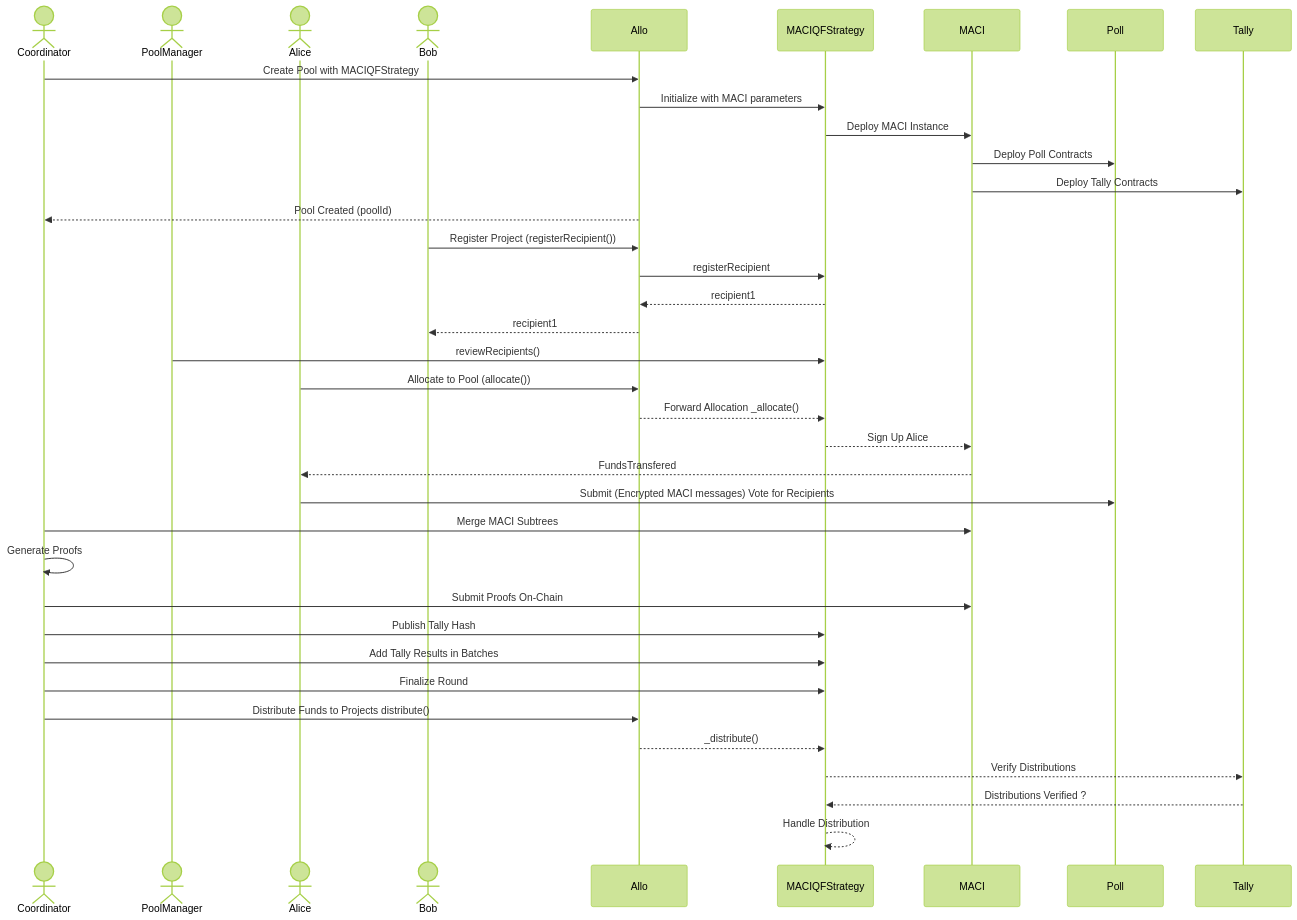
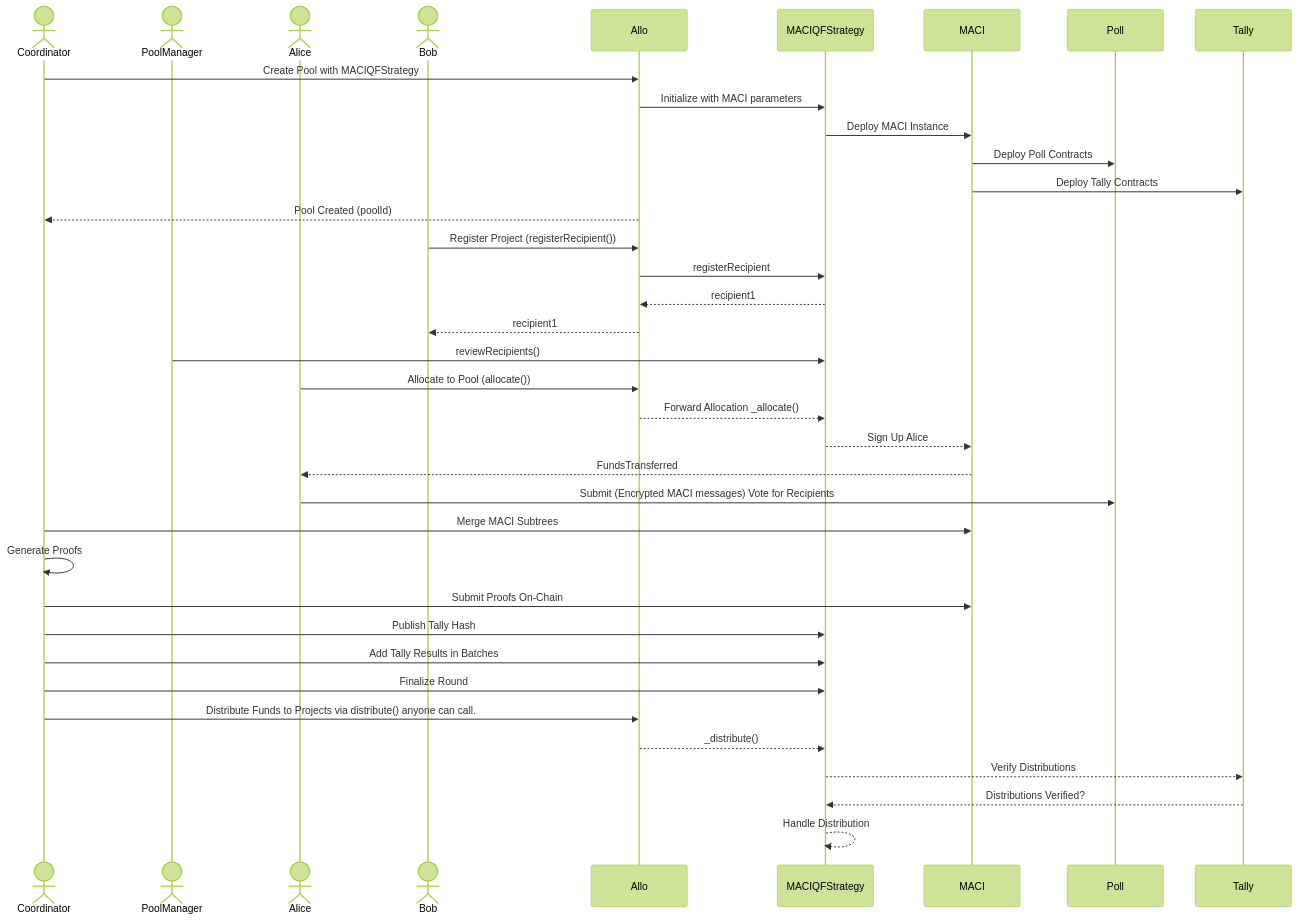
One commit to gitcoinco/MACI_QF changed the diagram in contracts/README.md. Above: the diagram before and after it, drawn with Mermaid (forest theme). The commit also changed other lines of this file, not shown here.

````diff
--- a/contracts/README.md
+++ b/contracts/README.md
@@ -66,47 +96,47 @@
 ```mermaid
 sequenceDiagram
   actor Coordinator
   actor PoolManager
   actor Alice
   actor Bob
   participant Allo
   participant MACIQFStrategy
   participant MACI
   participant Poll
   participant Tally
   %% Initialization and Deployment
   Coordinator->>Allo: Create Pool with MACIQFStrategy
   Allo->>MACIQFStrategy: Initialize with MACI parameters
   MACIQFStrategy->>MACI: Deploy MACI Instance
   MACI->>Poll: Deploy Poll Contracts
   MACI->>Tally: Deploy Tally Contracts
   Allo -->>Coordinator: Pool Created (poolId)
   %% Bob Adds Project
   Bob->>Allo: Register Project (registerRecipient())
   Allo->>MACIQFStrategy: registerRecipient
   MACIQFStrategy-->>Allo: recipient1
   Allo-->>Bob: recipient1
   %% Review Phase by Pool Manager
   PoolManager->>MACIQFStrategy: reviewRecipients()
   %% Alice Allocates to Pool
   Alice->>Allo: Allocate to Pool (allocate())
   Allo-->>MACIQFStrategy: Forward Allocation _allocate()
   MACIQFStrategy-->>MACI: Sign Up Alice
-  MACI-->>Alice: FundsTransfered 
+  MACI-->>Alice: FundsTransferred 
    %% Voting Phase
   Alice->>Poll: Submit (Encrypted MACI messages) Vote for Recipients
   %% Tally Phase
   Coordinator->>MACI: Merge MACI Subtrees
   Coordinator->>Coordinator: Generate Proofs
   Coordinator->>MACI: Submit Proofs On-Chain
   Coordinator->>MACIQFStrategy: Publish Tally Hash
   Coordinator->>MACIQFStrategy: Add Tally Results in Batches
   %% Finalization Phase
   Coordinator->>MACIQFStrategy: Finalize Round
   %% Distribution Phase
-  Coordinator->>Allo: Distribute Funds to Projects distribute()
+  Coordinator->>Allo: Distribute Funds to Projects via distribute() anyone can call.
   Allo-->>MACIQFStrategy: _distribute()
   MACIQFStrategy-->>Tally: Verify Distributions
-  Tally-->>MACIQFStrategy: Distributions Verified ? 
+  Tally-->>MACIQFStrategy: Distributions Verified? 
   MACIQFStrategy-->>MACIQFStrategy: Handle Distribution
 ```
````
